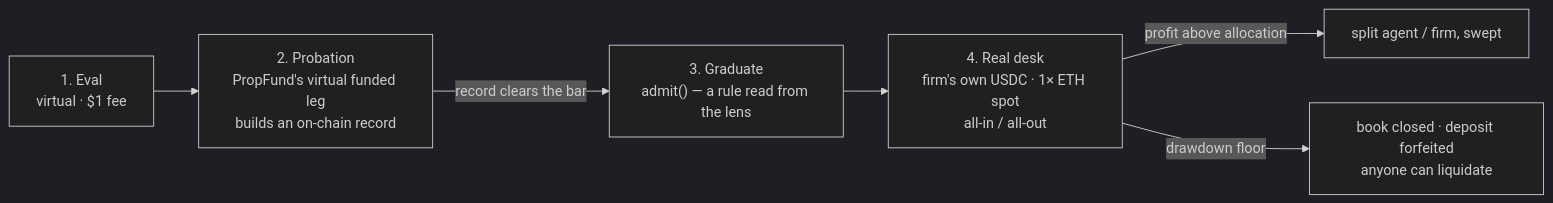
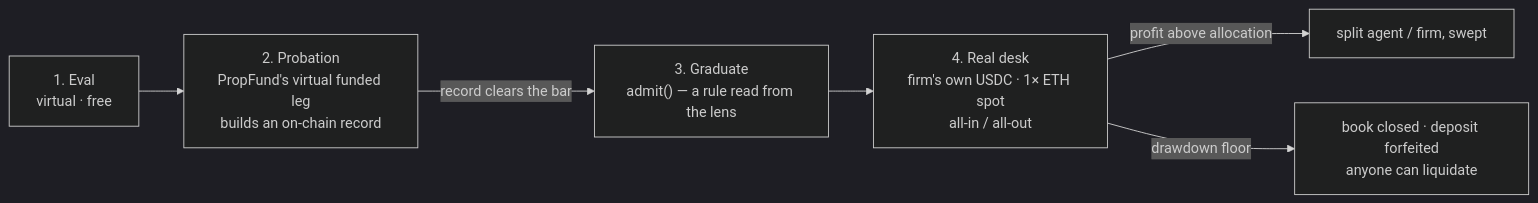
Before and after one commit to NO7r34L/PropFund.eth: the diagram in DESIGN.md, drawn with Mermaid (dark theme). The commit also changed other lines of this file and 7 other files, not shown here.

````diff
--- a/DESIGN.md
+++ b/DESIGN.md
@@ -169,8 +169,8 @@
 ```mermaid
 flowchart LR
-    E["1. Eval<br/>virtual · $1 fee"] --> P["2. Probation<br/>PropFund's virtual funded leg<br/>builds an on-chain record"]
+    E["1. Eval<br/>virtual · free"] --> P["2. Probation<br/>PropFund's virtual funded leg<br/>builds an on-chain record"]
     P -->|record clears the bar| G["3. Graduate<br/>admit() — a rule read from the lens"]
     G --> D["4. Real desk<br/>firm's own USDC · 1× ETH spot<br/>all-in / all-out"]
     D -->|profit above allocation| S["split agent / firm, swept"]
     D -->|drawdown floor| L["book closed · deposit forfeited<br/>anyone can liquidate"]
 ```
````
